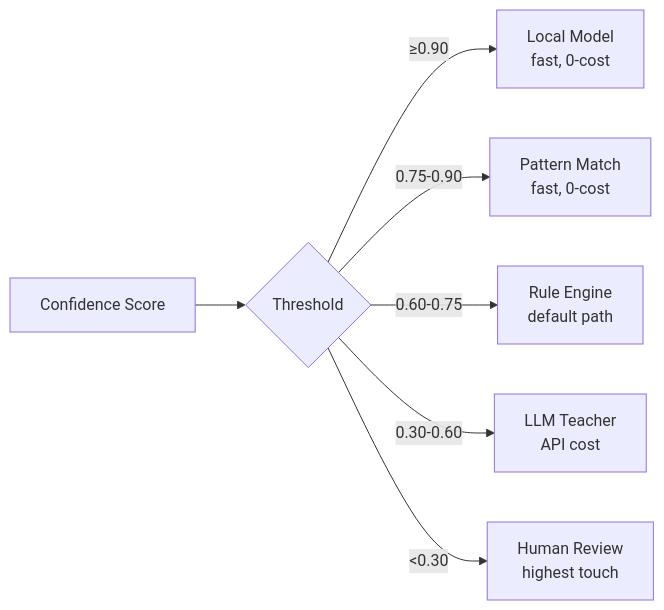
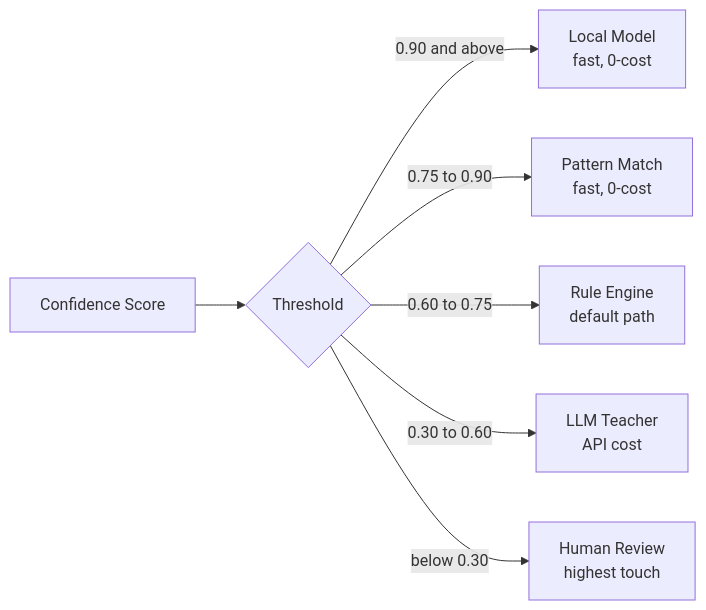
One commit to samm329-ui/Trimora changed diagram 18 of 24 in README.md. Above: the diagram before and after it, drawn with Mermaid. The commit also changed other lines of this file, not shown here.

Commit message:
docs: comprehensive README with Mermaid diagrams for the engine pipeline

````diff
--- a/README.md
+++ b/README.md
@@ -629,9 +656,9 @@
 ```mermaid
 flowchart LR
     CONF[Confidence Score] --> DECIDE{Threshold}
-    DECIDE -->|≥0.90| LOCAL[Local Model<br/>fast, 0-cost]
-    DECIDE -->|0.75-0.90| PATTERN[Pattern Match<br/>fast, 0-cost]
-    DECIDE -->|0.60-0.75| RULE[Rule Engine<br/>default path]
-    DECIDE -->|0.30-0.60| LLM[LLM Teacher<br/>API cost]
-    DECIDE -->|<0.30| HUMAN[Human Review<br/>highest touch]
+    DECIDE -- "0.90 and above" --> LOCAL[Local Model<br/>fast, 0-cost]
+    DECIDE -- "0.75 to 0.90" --> PATTERN[Pattern Match<br/>fast, 0-cost]
+    DECIDE -- "0.60 to 0.75" --> RULE[Rule Engine<br/>default path]
+    DECIDE -- "0.30 to 0.60" --> LLM[LLM Teacher<br/>API cost]
+    DECIDE -- "below 0.30" --> HUMAN[Human Review<br/>highest touch]
 ```
````
